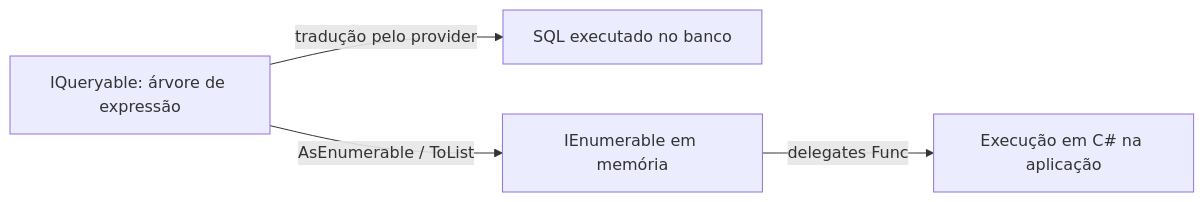
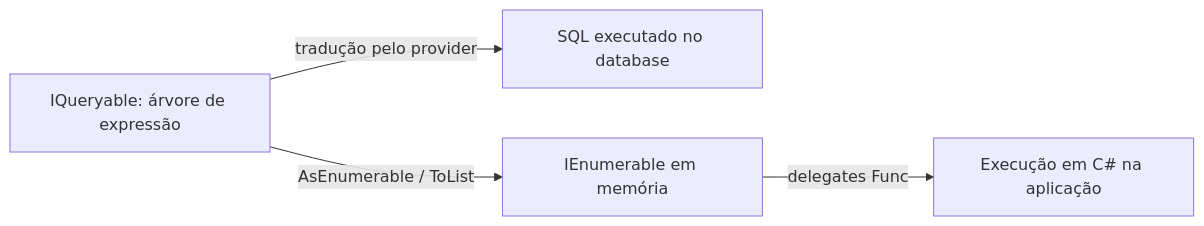
Before and after one commit to paulo673/software-engineer-reviews: the diagram in 01-csharp-dotnet/iqueryable-vs-ienumerable.md, drawn with Mermaid. The commit also changed other lines of this file and 87 other files, not shown here.

````diff
--- a/01-csharp-dotnet/iqueryable-vs-ienumerable.md
+++ b/01-csharp-dotnet/iqueryable-vs-ienumerable.md
@@ -117,6 +117,6 @@
 ```mermaid
 flowchart LR
-    Q[IQueryable: árvore de expressão] -->|tradução pelo provider| SQL[SQL executado no banco]
+    Q[IQueryable: árvore de expressão] -->|tradução pelo provider| SQL[SQL executado no database]
     Q -->|AsEnumerable / ToList| MEM[IEnumerable em memória]
     MEM -->|delegates Func| CPU[Execução em C# na aplicação]
 ```
````
